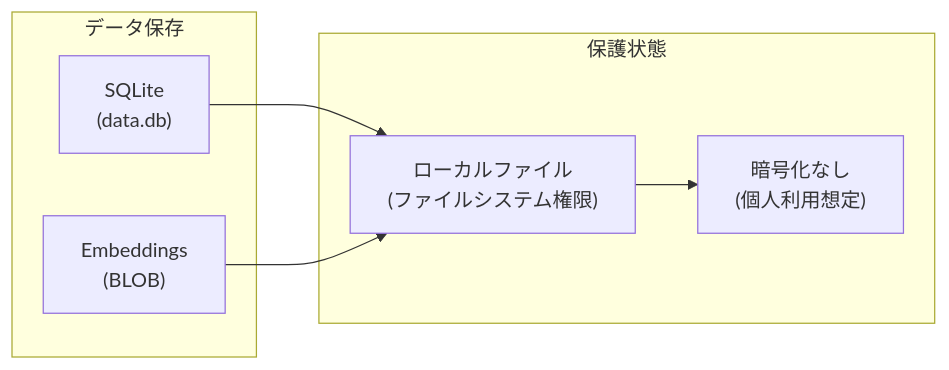
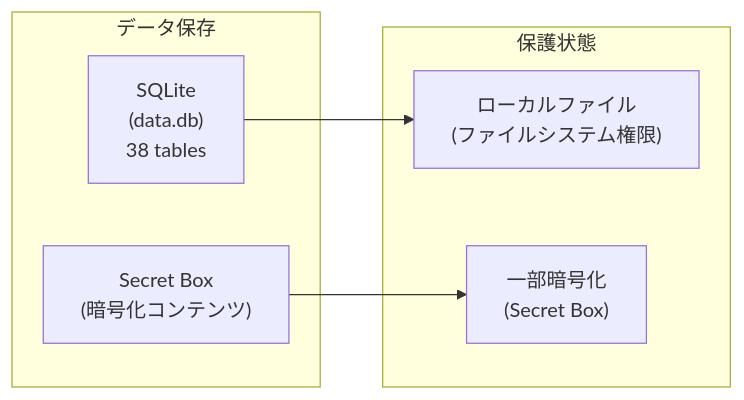
One commit to tamai-hideyuki/brain-cabinet changed the sixth of 7 diagrams in docs/security-diagram.md. Above: the diagram before and after it, drawn with Mermaid. The commit also changed other lines of this file and 19 other files, not shown here.

````diff
--- a/docs/security-diagram.md
+++ b/docs/security-diagram.md
@@ -208,16 +271,15 @@
 ```mermaid
 flowchart LR
     subgraph Storage["データ保存"]
-        DB["SQLite\n(data.db)"]
-        Embeddings["Embeddings\n(BLOB)"]
+        DB["SQLite\n(data.db)\n38 tables"]
+        SecretBox["Secret Box\n(暗号化コンテンツ)"]
     end
 
     subgraph Protection["保護状態"]
         Local["ローカルファイル\n(ファイルシステム権限)"]
-        NoEncrypt["暗号化なし\n(個人利用想定)"]
+        Encrypt["一部暗号化\n(Secret Box)"]
     end
 
     DB --> Local
-    Embeddings --> Local
-    Local --> NoEncrypt
+    SecretBox --> Encrypt
 ```
````
